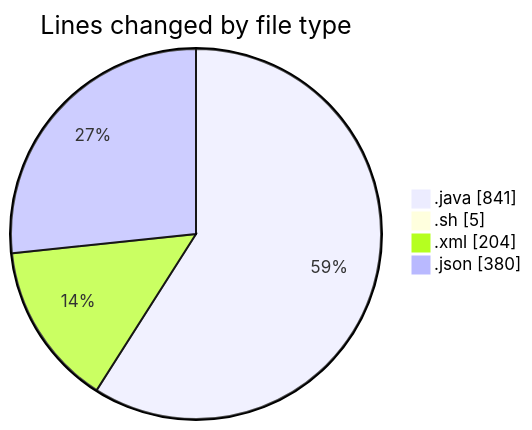
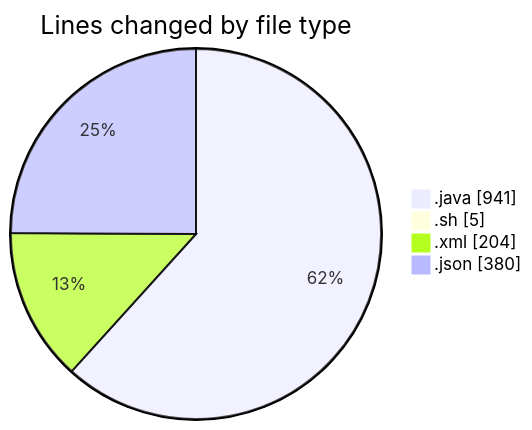
The first of 2 diagrams in 2025-02-19/micros/README.md (charlie-sans/code-tracking), drawn with Mermaid before and after one commit. The commit also changed other lines of this file and 1 other file, not shown here.

````diff
--- a/2025-02-19/micros/README.md
+++ b/2025-02-19/micros/README.md
@@ -29,8 +30,8 @@
 ```mermaid
 pie showData
 title Lines changed by file type
-".java" : 841
+".java" : 941
 ".sh" : 5
 ".xml" : 204
 ".json" : 380
 ```
````
